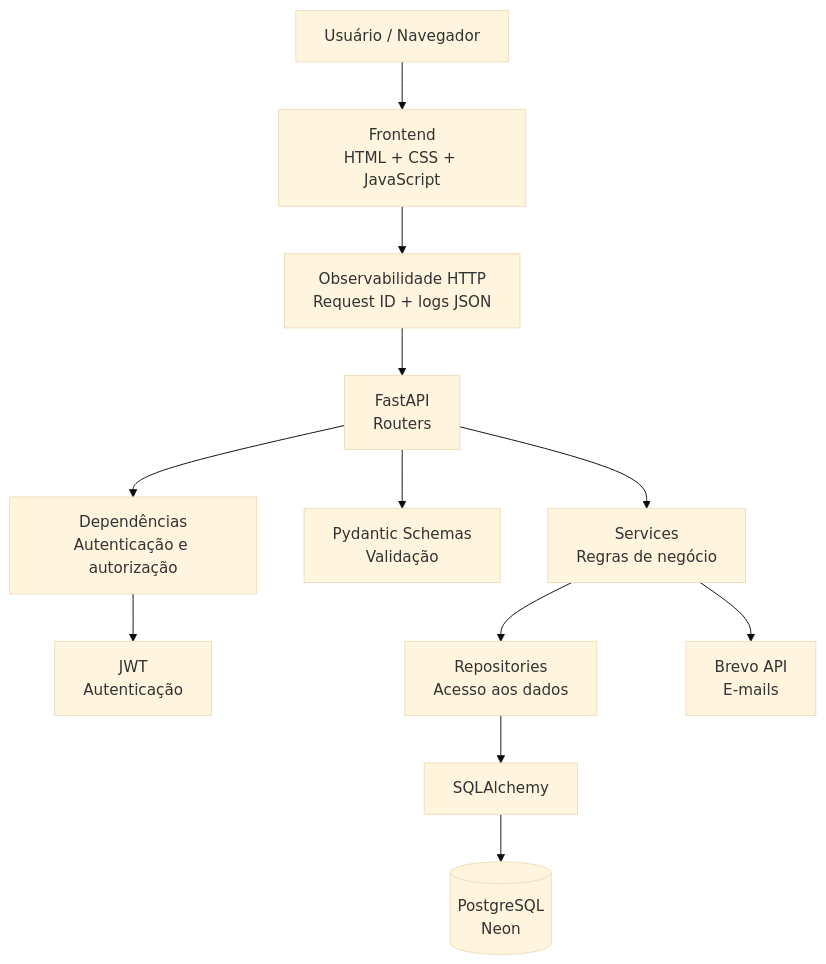
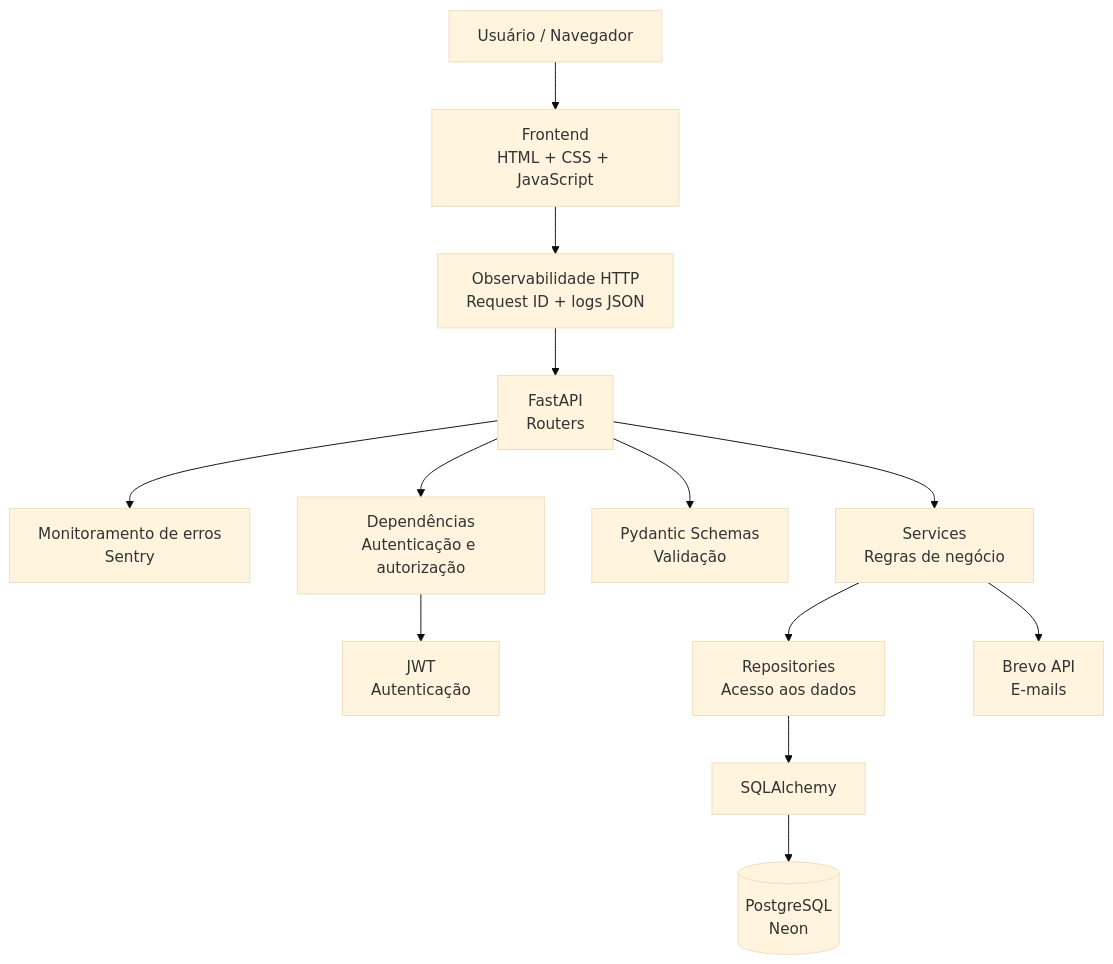
One commit to Jefferson21092008/locadora-fastapi changed the diagram in docs/arquitetura.md. Above: the diagram before and after it, drawn with Mermaid (base theme). The commit also changed other lines of this file and 10 other files, not shown here.

Commit message:
feat: adiciona monitoramento de erros com Sentry

````diff
--- a/docs/arquitetura.md
+++ b/docs/arquitetura.md
@@ -9,42 +9,45 @@
 ```mermaid
 flowchart TD
     U[Usuário / Navegador]
 
     F[Frontend<br>HTML + CSS + JavaScript]
 
     OBS[Observabilidade HTTP<br>Request ID + logs JSON]
+
+    ERR[Monitoramento de erros<br>Sentry]
 
     API[FastAPI<br>Routers]
 
     DEP[Dependências<br>Autenticação e autorização]
 
     SCH[Pydantic Schemas<br>Validação]
 
     SER[Services<br>Regras de negócio]
 
     REP[Repositories<br>Acesso aos dados]
 
     ORM[SQLAlchemy]
 
     DB[(PostgreSQL<br>Neon)]
 
     JWT[JWT<br>Autenticação]
 
     EMAIL[Brevo API<br>E-mails]
 
     U --> F
     F --> OBS
     OBS --> API
+    API --> ERR
 
     API --> DEP
     API --> SCH
 
     DEP --> JWT
 
     API --> SER
     SER --> REP
     REP --> ORM
     ORM --> DB
 
     SER --> EMAIL
 ```
````
